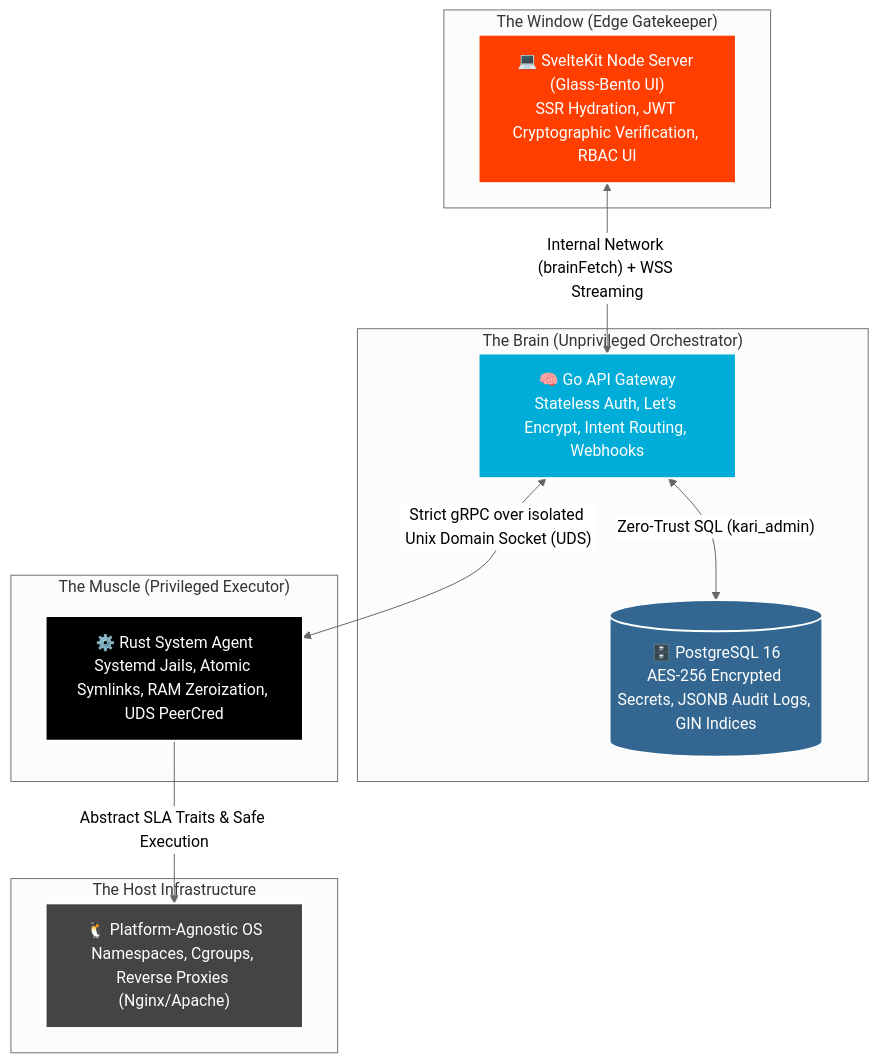
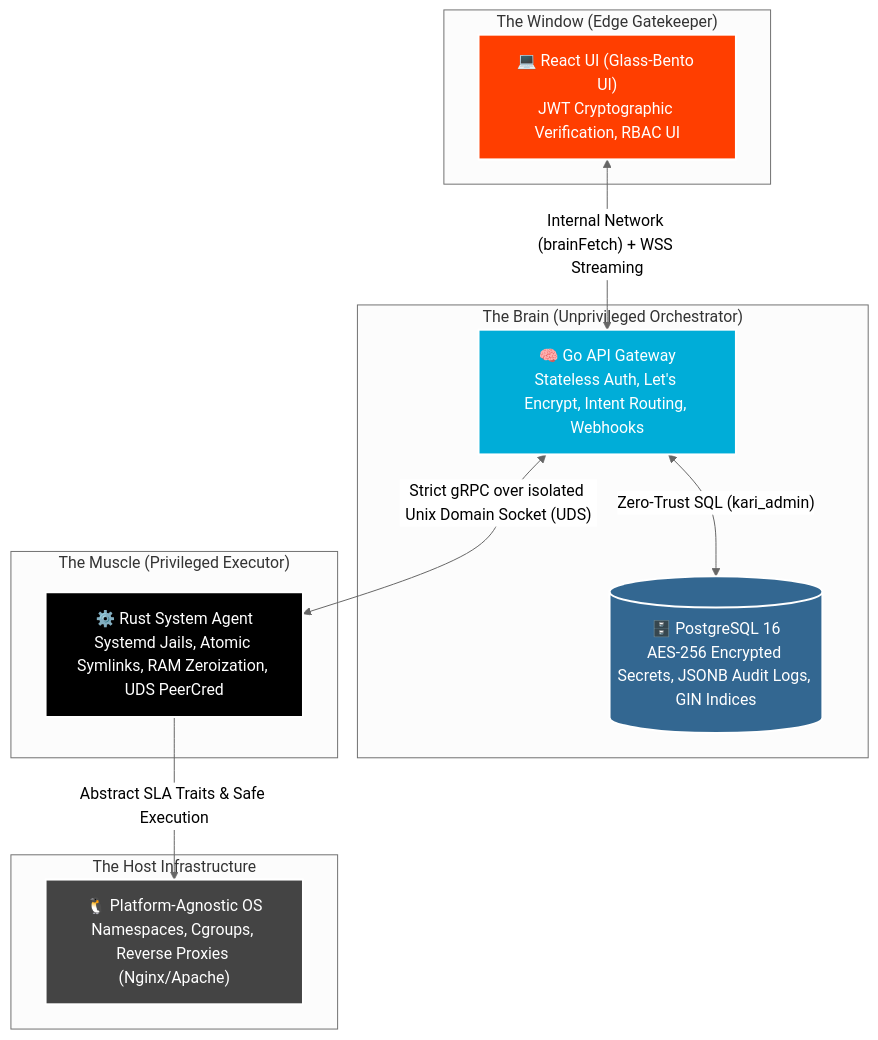
One commit to irgordon/kari changed the diagram in README.md. Above: the diagram before and after it, drawn with Mermaid (neutral theme). The commit also changed other lines of this file and 54 other files, not shown here.

First line of the commit message:
feat: Phase 2.8 - remove Svelte legacy frontend, clean up all Svelte references

````diff
--- a/README.md
+++ b/README.md
@@ -60,34 +60,34 @@
 ```mermaid
 graph TD
     %% Styling
     classDef frontend fill:#ff3e00,stroke:#fff,stroke-width:2px,color:#fff;
     classDef backend fill:#00add8,stroke:#fff,stroke-width:2px,color:#fff;
     classDef agent fill:#000000,stroke:#fff,stroke-width:2px,color:#fff;
     classDef database fill:#336791,stroke:#fff,stroke-width:2px,color:#fff;
     classDef os fill:#444444,stroke:#fff,stroke-width:2px,color:#fff;
 
     %% Nodes
     subgraph "The Window (Edge Gatekeeper)"
-        UI["💻 SvelteKit Node Server (Glass-Bento UI)<br/>SSR Hydration, JWT Cryptographic Verification, RBAC UI"]:::frontend
+        UI["💻 React UI (Glass-Bento UI)<br/>JWT Cryptographic Verification, RBAC UI"]:::frontend
     end
 
     subgraph "The Brain (Unprivileged Orchestrator)"
         API["🧠 Go API Gateway<br/>Stateless Auth, Let's Encrypt, Intent Routing, Webhooks"]:::backend
         DB[("🗄️ PostgreSQL 16<br/>AES-256 Encrypted Secrets, JSONB Audit Logs, GIN Indices")]:::database
     end
 
     subgraph "The Muscle (Privileged Executor)"
         AGENT["⚙️ Rust System Agent<br/>Systemd Jails, Atomic Symlinks, RAM Zeroization, UDS PeerCred"]:::agent
     end
 
     subgraph "The Host Infrastructure"
         OS["🐧 Platform-Agnostic OS<br/>Namespaces, Cgroups, Reverse Proxies (Nginx/Apache)"]:::os
     end
 
     %% Connections
     UI <-->|"Internal Network (brainFetch) + WSS Streaming"| API
     API <-->|"Zero-Trust SQL (kari_admin)"| DB
     API <-->|"Strict gRPC over isolated Unix Domain Socket (UDS)"| AGENT
     AGENT -->|"Abstract SLA Traits & Safe Execution"| OS
 
 ```
````
